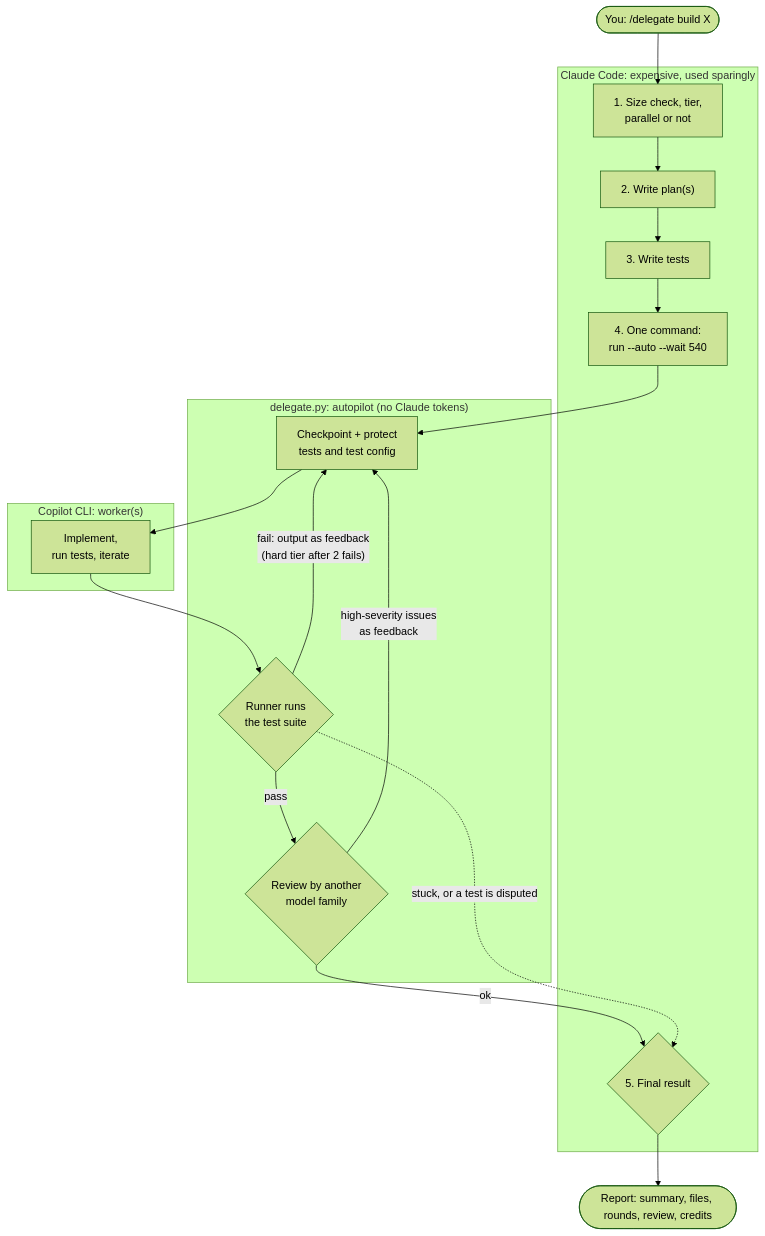
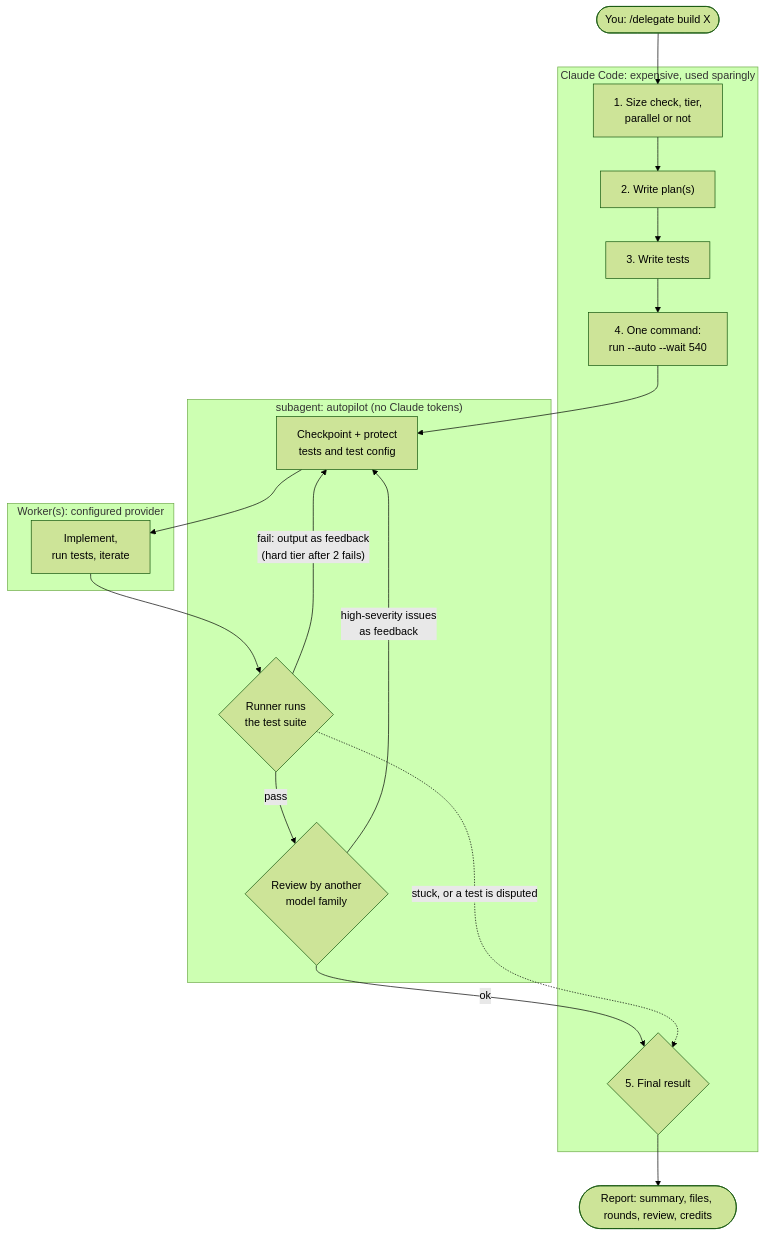
One commit to gaztrabisme/claude-subagent-delegation changed the first of 3 diagrams in README.md. Above: the diagram before and after it, drawn with Mermaid (forest theme). The commit also changed other lines of this file and 5 other files, not shown here.

````diff
--- a/README.md
+++ b/README.md
@@ -57,29 +99,29 @@
 ```mermaid
 flowchart TD
     U(["You: /delegate build X"]) --> C
 
     subgraph CL["Claude Code: expensive, used sparingly"]
         C["1. Size check, tier,<br/>parallel or not"] --> P["2. Write plan(s)"] --> T["3. Write tests"]
         T --> RUN["4. One command:<br/>run --auto --wait 540"]
         RES{"5. Final result"}
     end
 
-    subgraph R["delegate.py: autopilot (no Claude tokens)"]
+    subgraph R["subagent: autopilot (no Claude tokens)"]
         CP["Checkpoint + protect<br/>tests and test config"]
         CHK{"Runner runs<br/>the test suite"}
         REV{"Review by another<br/>model family"}
     end
 
-    subgraph W["Copilot CLI: worker(s)"]
+    subgraph W["Worker(s): configured provider"]
         I["Implement,<br/>run tests, iterate"]
     end
 
     RUN --> CP
     CP --> I --> CHK
     CHK -- "fail: output as feedback<br/>(hard tier after 2 fails)" --> CP
     CHK -- pass --> REV
     REV -- "high-severity issues<br/>as feedback" --> CP
     REV -- "ok" --> RES
     CHK -. "stuck, or a test is disputed" .-> RES
     RES --> D(["Report: summary, files, rounds, review, credits"])
 ```
````
